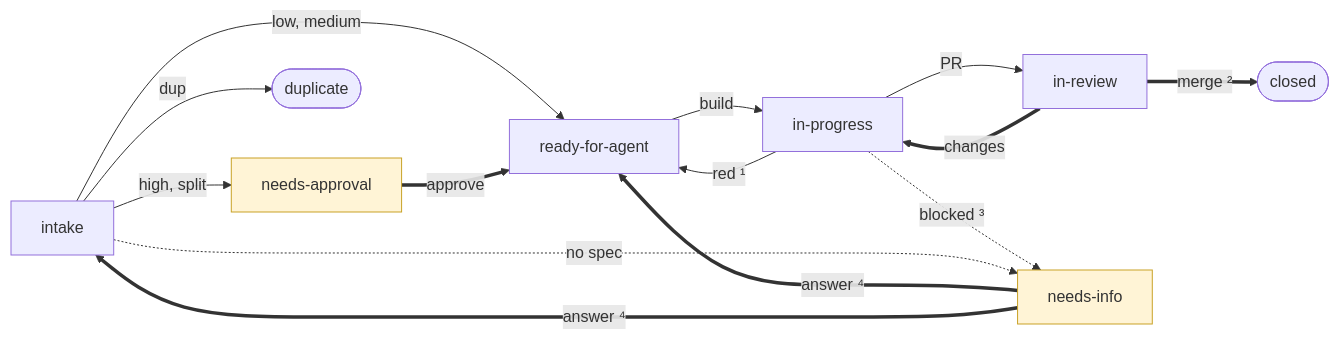
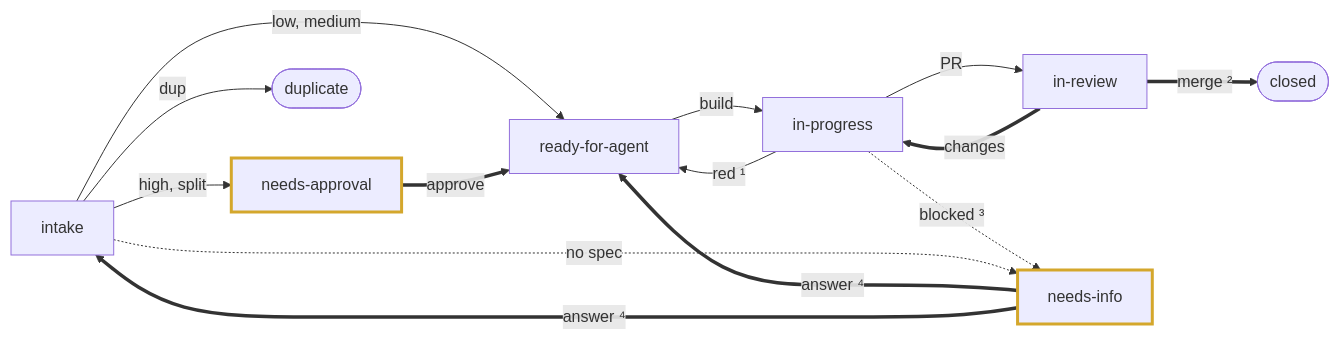
The first of 5 diagrams in docs/agents/factory.md (dvalnn/maestro), drawn with Mermaid before and after one commit. The commit also changed other lines of this file, not shown here.

Commit message:
docs(agents): simplify the factory state diagram for dark themes

````diff
--- a/docs/agents/factory.md
+++ b/docs/agents/factory.md
@@ -11,28 +11,28 @@
 ```mermaid
 flowchart LR
     IN["intake"]
     GATE["needs-approval"]
     Q["ready-for-agent"]
     B["in-progress"]
     R["in-review"]
     D(["closed"])
     DUP(["duplicate"])
     NI["needs-info"]
 
     IN -->|"low, medium"| Q
     IN -->|"high, split"| GATE
     IN -->|dup| DUP
     GATE ==>|approve| Q
     Q -->|build| B
     B -->|PR| R
     B -->|"red ¹"| Q
     R ==>|"merge ²"| D
     R ==>|changes| B
     B -.->|"blocked ³"| NI
     IN -.->|"no spec"| NI
     NI ==>|"answer ⁴"| Q
     NI ==>|"answer ⁴"| IN
 
-    classDef owner fill:#fff4d6,stroke:#c9a227
+    classDef owner stroke:#d4a72c,stroke-width:3px
     class GATE,NI owner
 ```
````
